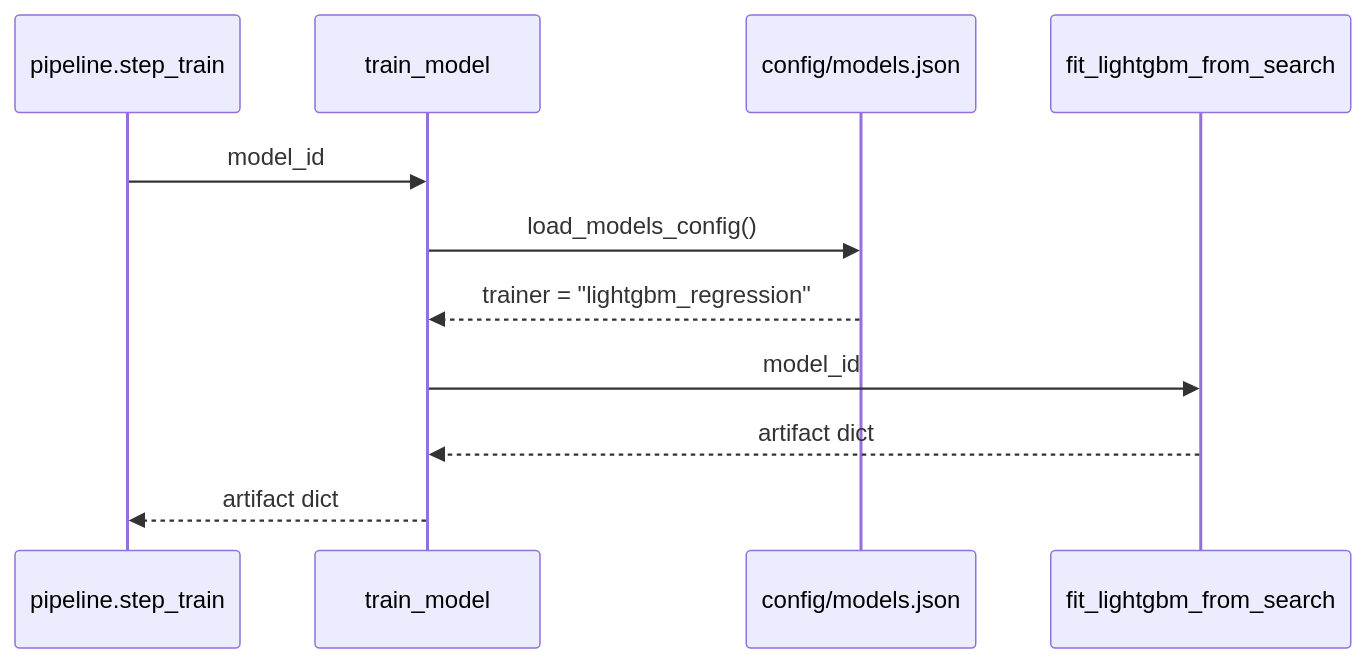
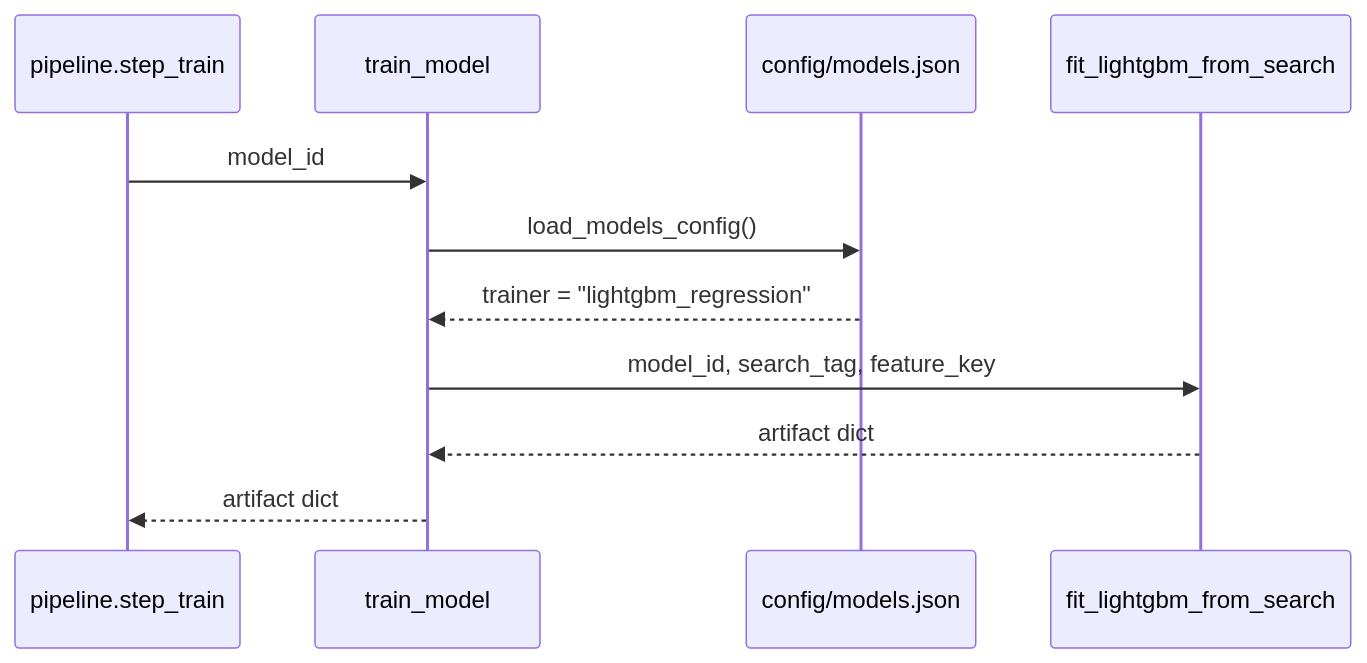
The third of 8 diagrams in _doc_/database_and_code_doc/5510_training.md (Nemesis14/chronoquant), drawn with Mermaid before and after one commit. The commit also changed other lines of this file and 837 other files, not shown here.

````diff
--- a/_doc_/database_and_code_doc/5510_training.md
+++ b/_doc_/database_and_code_doc/5510_training.md
@@ -54,13 +56,13 @@
 ```mermaid
 sequenceDiagram
   participant P as pipeline.step_train
   participant T as train_model
   participant C as config/models.json
   participant L as fit_lightgbm_from_search
   P ->> T: model_id
   T ->> C: load_models_config()
   C -->> T: trainer = "lightgbm_regression"
-  T ->> L: model_id
+  T ->> L: model_id, search_tag, feature_key
   L -->> T: artifact dict
   T -->> P: artifact dict
 ```
````
